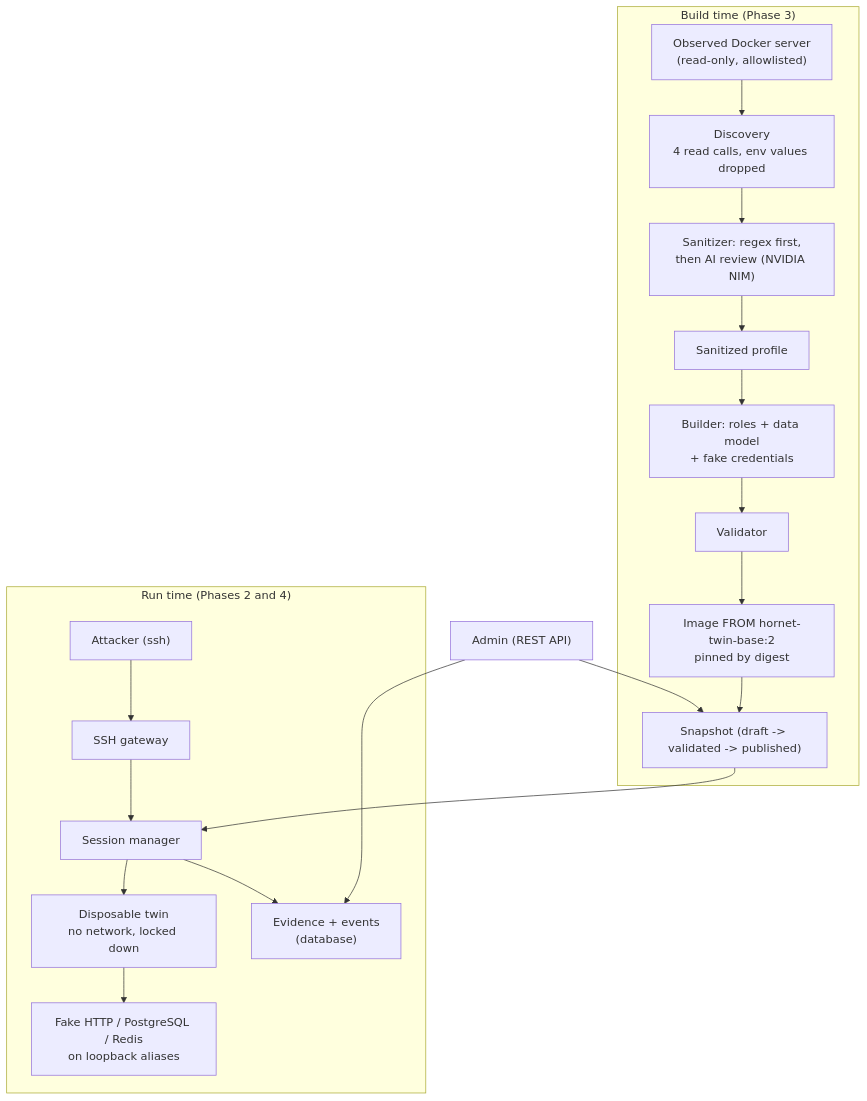
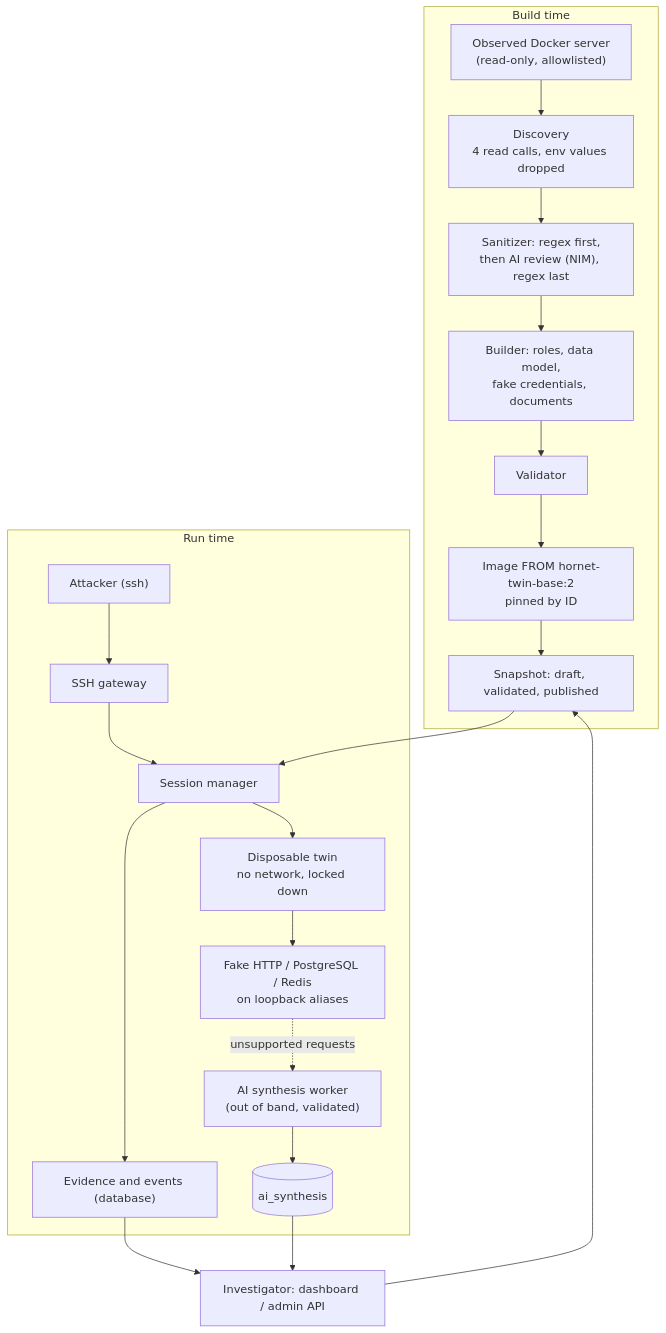
The diagram in architecture.md (Sharwesh05/HornetV2), drawn with Mermaid before and after one commit. The commit also changed other lines of this file and 66 other files, not shown here.

````diff
--- a/architecture.md
+++ b/architecture.md
@@ -87,22 +95,24 @@
 ```mermaid
 flowchart TB
-  subgraph build["Build time (Phase 3)"]
+  subgraph build["Build time"]
     RS["Observed Docker server<br/>(read-only, allowlisted)"] --> DISC["Discovery<br/>4 read calls, env values dropped"]
-    DISC --> SAN["Sanitizer: regex first,<br/>then AI review (NVIDIA NIM)"]
-    SAN --> PROF["Sanitized profile"]
-    PROF --> BLD["Builder: roles + data model<br/>+ fake credentials"]
+    DISC --> SAN["Sanitizer: regex first,<br/>then AI review (NIM), regex last"]
+    SAN --> BLD["Builder: roles, data model,<br/>fake credentials, documents"]
     BLD --> VAL["Validator"]
-    VAL --> IMG["Image FROM hornet-twin-base:2<br/>pinned by digest"]
-    IMG --> SNAP["Snapshot (draft -> validated -> published)"]
+    VAL --> IMG["Image FROM hornet-twin-base:2<br/>pinned by ID"]
+    IMG --> SNAP["Snapshot: draft, validated, published"]
   end
-  subgraph run["Run time (Phases 2 and 4)"]
+  subgraph run["Run time"]
     ATK["Attacker (ssh)"] --> GW["SSH gateway"]
     GW --> SM["Session manager"]
     SM --> TWIN["Disposable twin<br/>no network, locked down"]
     TWIN --> EMU["Fake HTTP / PostgreSQL / Redis<br/>on loopback aliases"]
-    SM --> EV["Evidence + events<br/>(database)"]
+    SM --> EV["Evidence and events (database)"]
+    EMU -. "unsupported requests" .-> SYN["AI synthesis worker<br/>(out of band, validated)"]
+    SYN --> AI[("ai_synthesis")]
   end
   SNAP --> SM
-  ADMIN["Admin (REST API)"] --> SNAP
-  ADMIN --> EV
+  ADMIN["Investigator: dashboard / admin API"] --> SNAP
+  EV --> ADMIN
+  AI --> ADMIN
 ```
````
